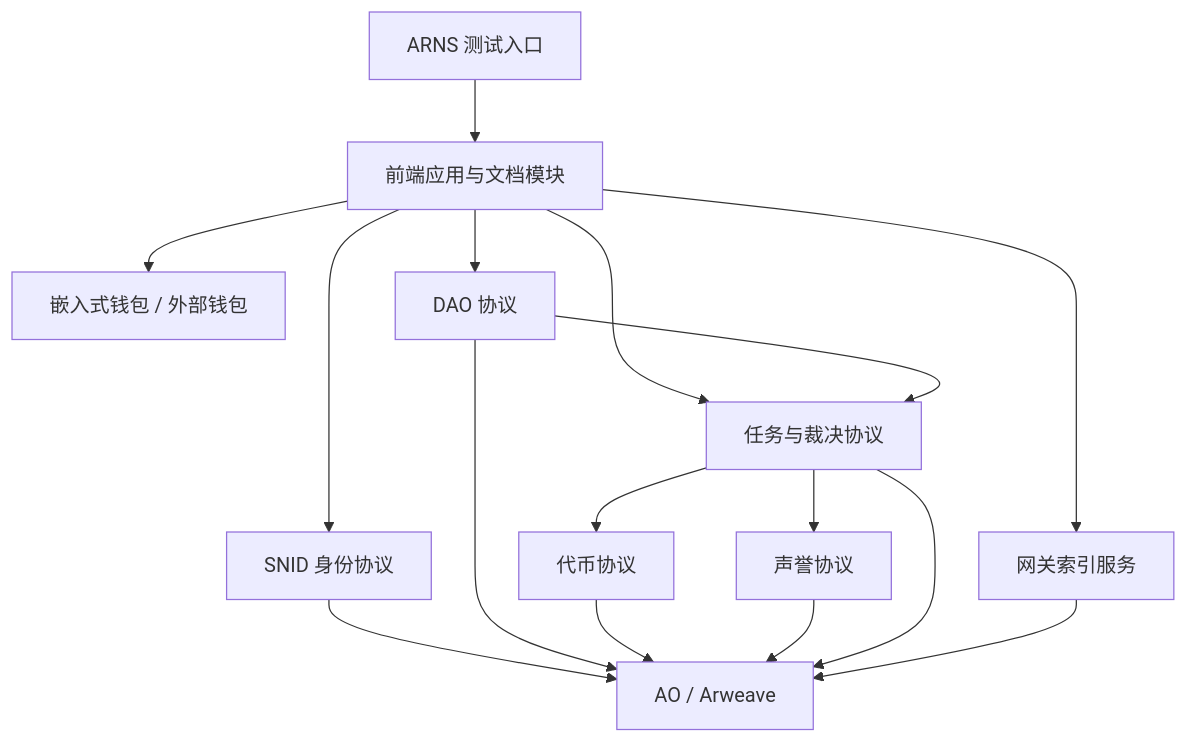
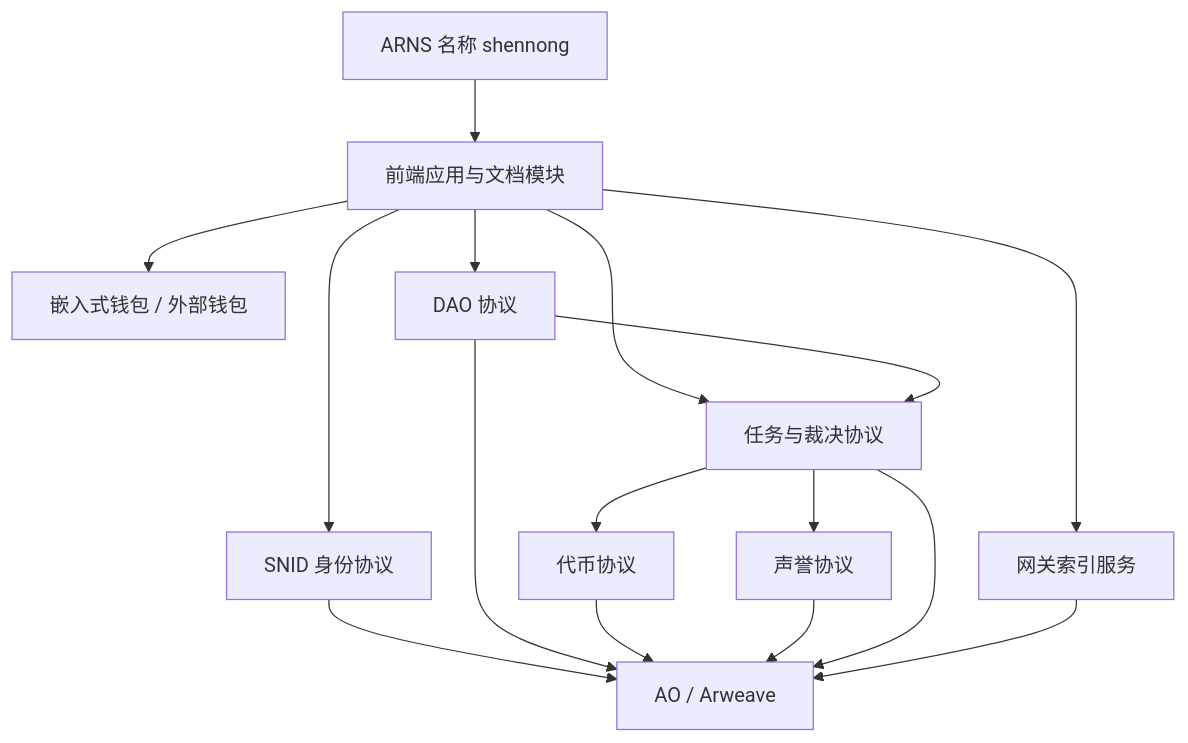
The diagram in apps/web/docs/第一阶段最小可运行闭环设计.md (shennongdao/shennong), drawn with Mermaid before and after one commit. The commit also changed other lines of this file and 5 other files, not shown here.

````diff
--- a/apps/web/docs/第一阶段最小可运行闭环设计.md
+++ b/apps/web/docs/第一阶段最小可运行闭环设计.md
@@ -199,29 +199,29 @@
 ```mermaid
 flowchart TB
-  入口["ARNS 测试入口"]
+  入口["ARNS 名称 shennong"]
   前端["前端应用与文档模块"]
   钱包["嵌入式钱包 / 外部钱包"]
   身份["SNID 身份协议"]
   DAO["DAO 协议"]
   代币["代币协议"]
   声誉["声誉协议"]
   任务["任务与裁决协议"]
   网关["网关索引服务"]
   存储["AO / Arweave"]
 
   入口 --> 前端
   前端 --> 钱包
   前端 --> 身份
   前端 --> DAO
   前端 --> 任务
   前端 --> 网关
   DAO --> 任务
   任务 --> 代币
   任务 --> 声誉
   身份 --> 存储
   DAO --> 存储
   代币 --> 存储
   声誉 --> 存储
   任务 --> 存储
   网关 --> 存储
 ```
````
